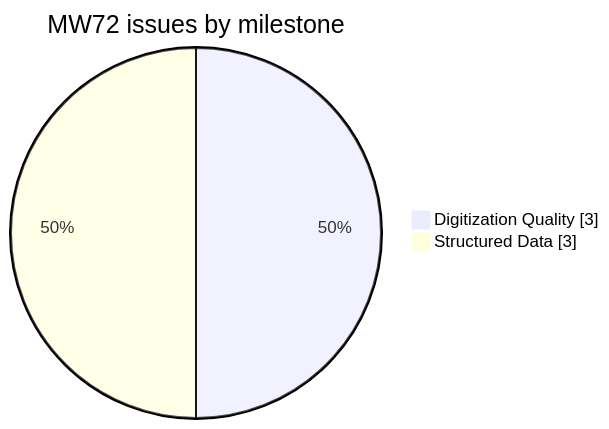
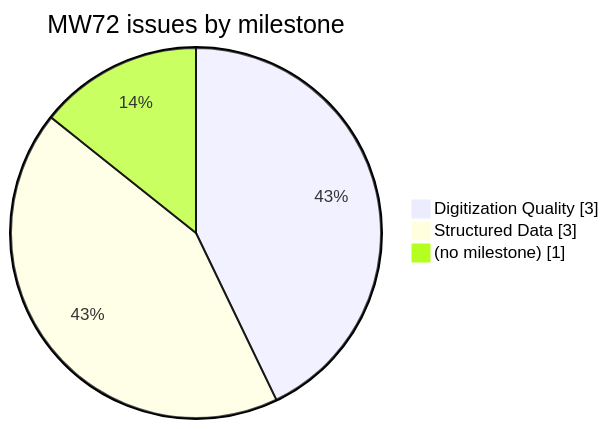
The first of 3 diagrams in README.md (sanskrit-lexicon/MW72), drawn with Mermaid before and after one commit. The commit also changed other lines of this file and 26 other files, not shown here.

````diff
--- a/README.md
+++ b/README.md
@@ -38,6 +40,7 @@
 ```mermaid
 pie showData
   title MW72 issues by milestone
   "Digitization Quality" : 3
   "Structured Data" : 3
+  "(no milestone)" : 1
 ```
````
